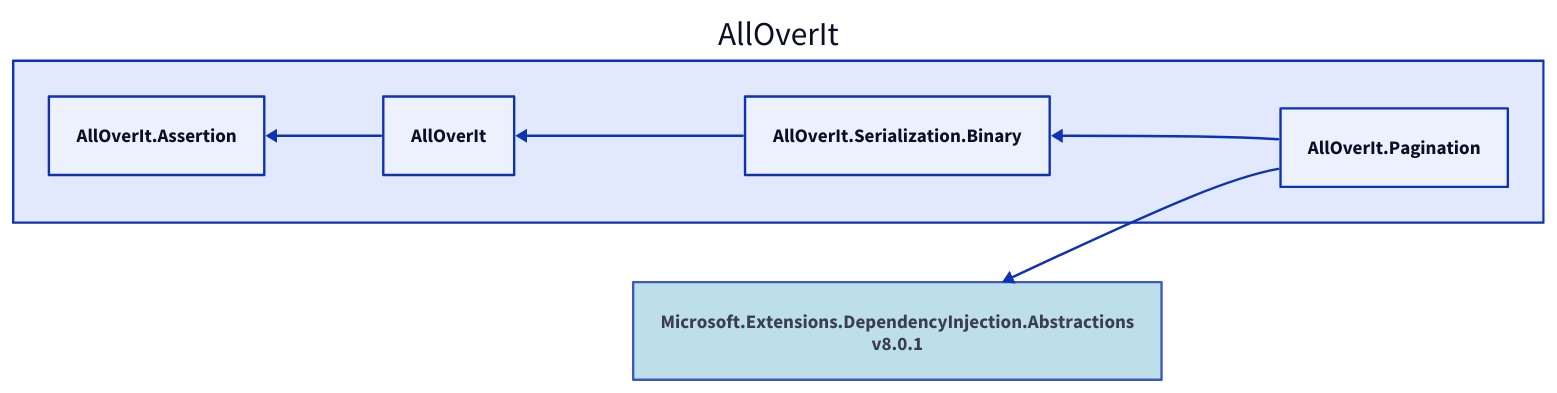
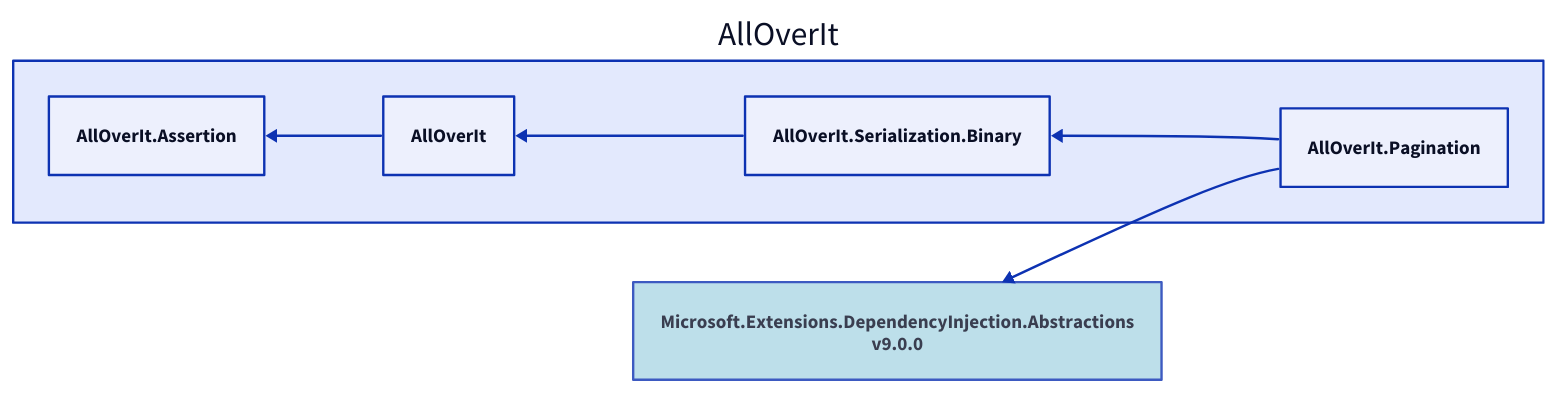
One commit to mjfreelancing/AllOverIt changed the diagram in Docs/Reference/Content/images/dependencies/net9.0/alloverit-pagination.d2. Above: the diagram before and after it, drawn with D2. The commit also changed 205 other files, not shown here.

```diff
--- a/Docs/Reference/Content/images/dependencies/net9.0/alloverit-pagination.d2
+++ b/Docs/Reference/Content/images/dependencies/net9.0/alloverit-pagination.d2
@@ -1,14 +1,14 @@
 direction: left
 
 aoi: AllOverIt
 aoi.alloverit-pagination: AllOverIt.Pagination
-microsoft-extensions-dependencyinjection-abstractions_8-0-1: Microsoft.Extensions.DependencyInjection.Abstractions\nv8.0.1
-microsoft-extensions-dependencyinjection-abstractions_8-0-1.style.fill: "#ADD8E6"
-microsoft-extensions-dependencyinjection-abstractions_8-0-1.style.opacity: 0.8
-microsoft-extensions-dependencyinjection-abstractions_8-0-1 <- aoi.alloverit-pagination
+microsoft-extensions-dependencyinjection-abstractions_9-0-0: Microsoft.Extensions.DependencyInjection.Abstractions\nv9.0.0
+microsoft-extensions-dependencyinjection-abstractions_9-0-0.style.fill: "#ADD8E6"
+microsoft-extensions-dependencyinjection-abstractions_9-0-0.style.opacity: 0.8
+microsoft-extensions-dependencyinjection-abstractions_9-0-0 <- aoi.alloverit-pagination
 aoi.alloverit-serialization-binary: AllOverIt.Serialization.Binary
 aoi.alloverit: AllOverIt
 aoi.alloverit-assertion: AllOverIt.Assertion
 aoi.alloverit-assertion <- aoi.alloverit
 aoi.alloverit <- aoi.alloverit-serialization-binary
 aoi.alloverit-serialization-binary <- aoi.alloverit-pagination
```
